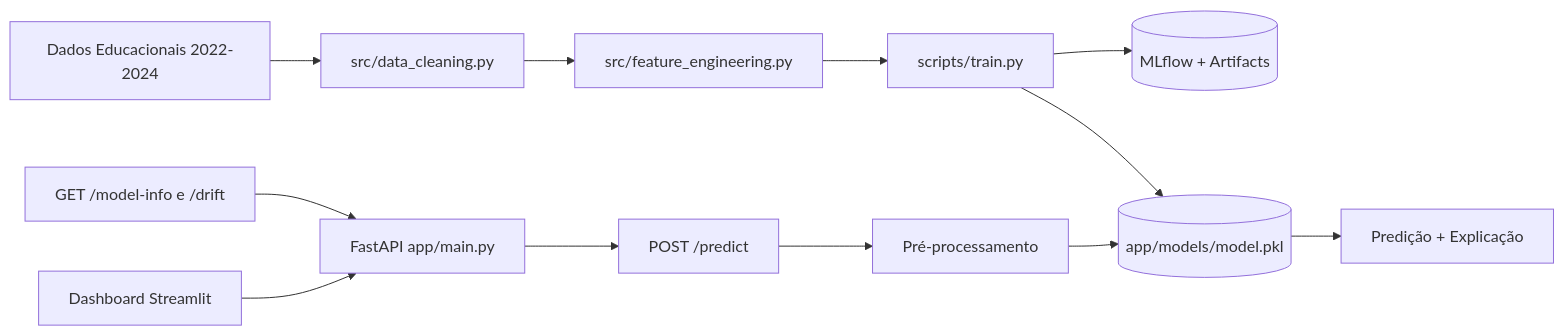
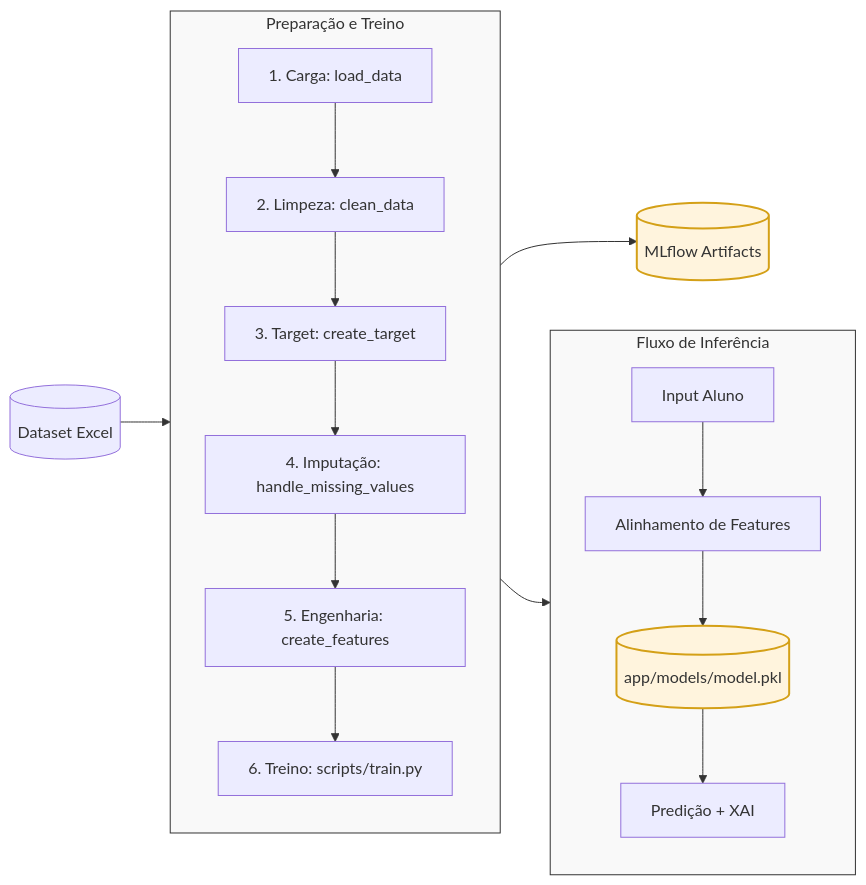
The second of 3 diagrams in README.md (Fiap-Pos-tech-5MLET/fase-5), drawn with Mermaid before and after one commit. The commit also changed other lines of this file, not shown here.

Commit message:
refactor: update architecture diagrams in README.md for improved clarity and consistency

````diff
--- a/README.md
+++ b/README.md
@@ -169,16 +168,34 @@
 ```mermaid
 flowchart LR
-  A[Dados Educacionais 2022-2024] --> B[src/data_cleaning.py]
-  B --> C[src/feature_engineering.py]
-  C --> D[scripts/train.py]
-  D --> E[(MLflow + Artifacts)]
-  D --> F[(app/models/model.pkl)]
+    %% Fontes de Dados
+    Data[(Dataset Excel)] --> Load[1. Carga: load_data]
+    
+    %% Etapas de Processamento (Conforme src/)
+    subgraph Prep [Preparação e Treino]
+        direction TB
+        Load --> Clean[2. Limpeza: clean_data]
+        Clean --> Target[3. Target: create_target]
+        Target --> Missing[4. Imputação: handle_missing_values]
+        Missing --> Feature[5. Engenharia: create_features]
+        Feature --> Train[6. Treino: scripts/train.py]
+    end
 
-  G[FastAPI app/main.py] --> H[POST /predict]
-  H --> I[Pré-processamento]
-  I --> F
-  F --> J[Predição + Explicação]
+    %% Artefatos
+    Train --> Champion[(app/models/model.pkl)]
+    Train --> MLflow[(MLflow Artifacts)]
 
-  K[GET /model-info e /drift] --> G
-  L[Dashboard Streamlit] --> G
+    %% Ciclo de Predição (Conforme predict_route.py)
+    subgraph Predict [Fluxo de Inferência]
+        direction TB
+        Input[Input Aluno] --> Align[Alinhamento de Features]
+        Align --> Champion
+        Champion --> Result[Predição + XAI]
+    end
+
+    %% Estilização
+    classDef steps fill:#f9f9f9,stroke:#333,stroke-width:1px;
+    classDef model fill:#fff4dd,stroke:#d4a017,stroke-width:2px;
+    
+    class Prep,Predict steps;
+    class Champion,MLflow model;
 ```
````
